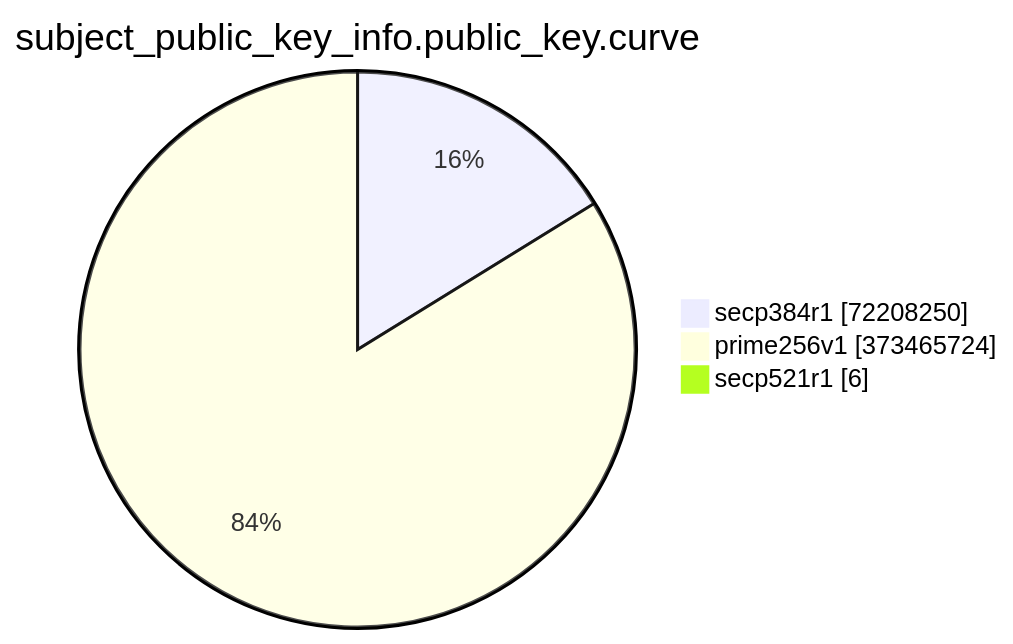
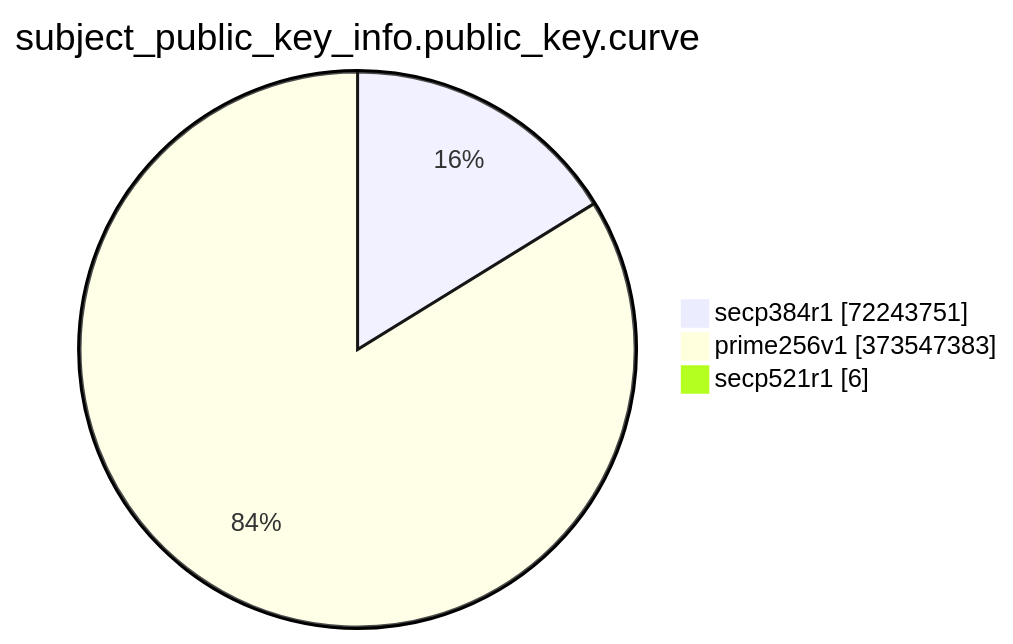
One commit to christiankrug/ctmonitor_visualization changed the eighth of 15 diagrams in TOTAL/README.md. Above: the diagram before and after it, drawn with Mermaid. The commit also changed other lines of this file, not shown here.

````diff
--- a/TOTAL/README.md
+++ b/TOTAL/README.md
@@ -3094,7 +3094,7 @@
 ```mermaid
 pie showData
 title subject_public_key_info.public_key.curve
-"secp384r1" :72208250
-"prime256v1" :373465724
+"secp384r1" :72243751
+"prime256v1" :373547383
 "secp521r1" :6
 ```
````
